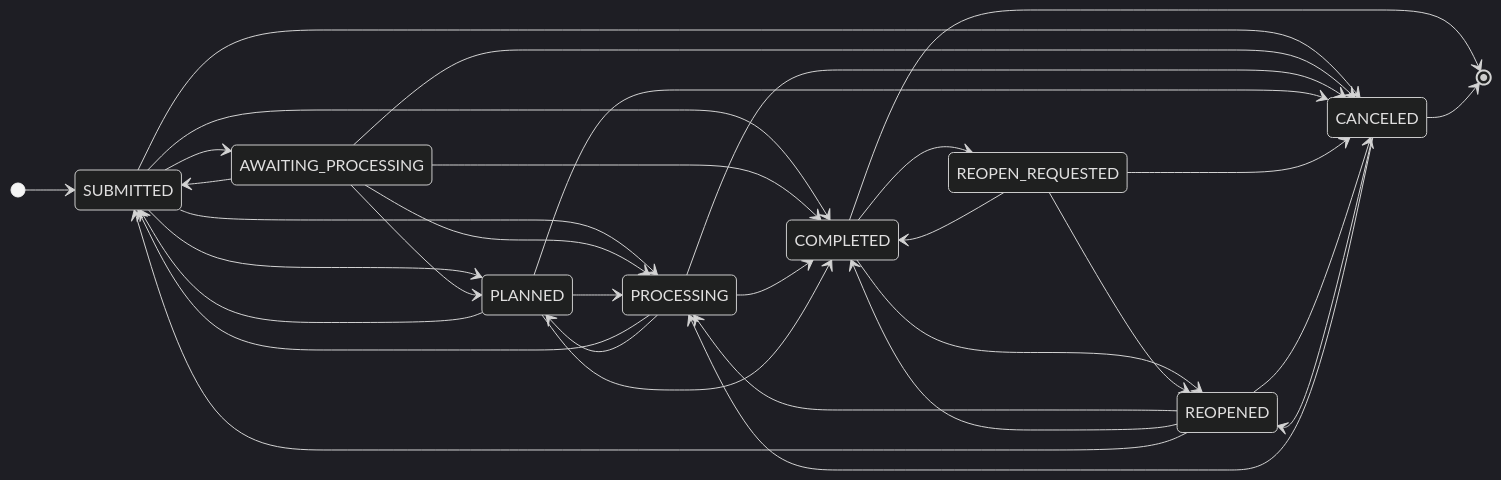
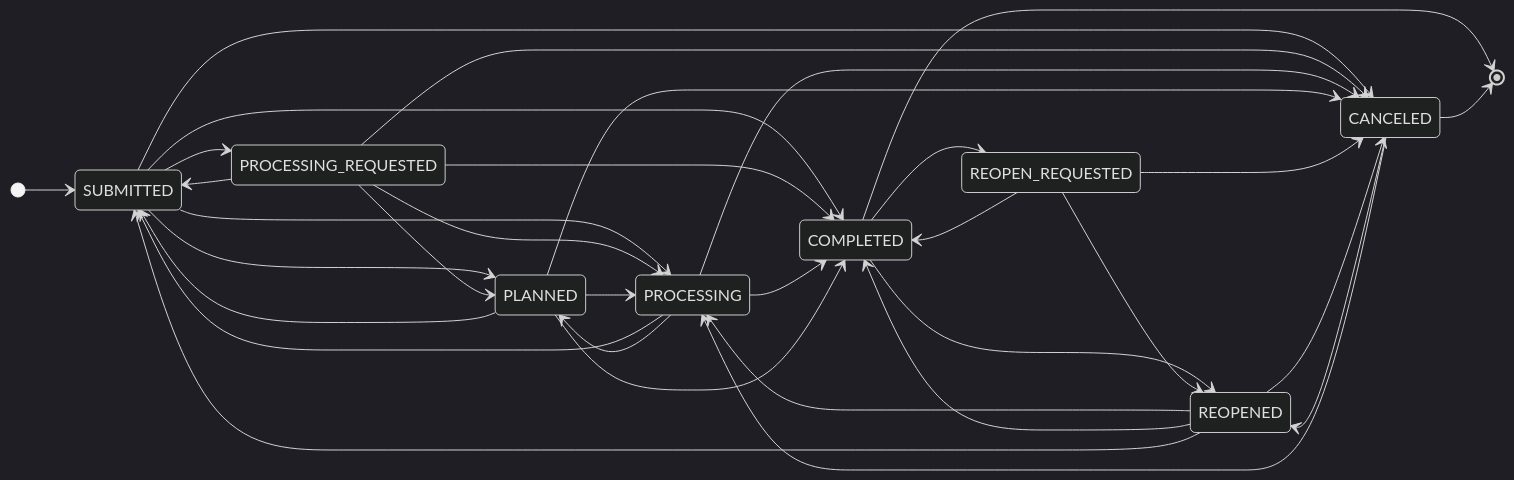
One commit to Amsterdam/meldingen changed the diagram in docs/statemachines/melding-process.md. Above: the diagram before and after it, drawn with Mermaid (dark theme). The commit also changed 2 other files, not shown here.

Commit message:
rename awaiting processing to processing requested

````diff
--- a/docs/statemachines/melding-process.md
+++ b/docs/statemachines/melding-process.md
@@ -5,50 +5,50 @@
 ```mermaid
 
 stateDiagram-v2
     direction LR
 
     [*] --> SUBMITTED 
 
-    SUBMITTED  --> AWAITING_PROCESSING 
+    SUBMITTED  --> PROCESSING_REQUESTED 
     SUBMITTED  --> PROCESSING 
     SUBMITTED  --> COMPLETED 
     SUBMITTED  --> CANCELED 
     SUBMITTED  --> PLANNED 
 
-    AWAITING_PROCESSING  --> SUBMITTED 
-    AWAITING_PROCESSING  --> PLANNED 
-    AWAITING_PROCESSING  --> COMPLETED 
-    AWAITING_PROCESSING  --> PROCESSING 
-    AWAITING_PROCESSING  --> CANCELED 
+    PROCESSING_REQUESTED  --> SUBMITTED 
+    PROCESSING_REQUESTED  --> PLANNED 
+    PROCESSING_REQUESTED  --> COMPLETED 
+    PROCESSING_REQUESTED  --> PROCESSING 
+    PROCESSING_REQUESTED  --> CANCELED 
 
     PROCESSING  --> SUBMITTED 
     PROCESSING  --> PLANNED 
     PROCESSING  --> COMPLETED 
     PROCESSING  --> CANCELED 
 
     PLANNED  --> SUBMITTED 
     PLANNED  --> PROCESSING 
     PLANNED  --> COMPLETED 
     PLANNED  --> CANCELED 
     
     CANCELED  --> REOPENED 
     CANCELED  --> PROCESSING
     
     COMPLETED  --> REOPENED 
     COMPLETED  --> REOPEN_REQUESTED
     
     REOPEN_REQUESTED --> COMPLETED
     REOPEN_REQUESTED --> REOPENED
     REOPEN_REQUESTED --> CANCELED
     
     REOPENED  --> PROCESSING 
     REOPENED  --> COMPLETED 
     REOPENED  --> CANCELED 
     REOPENED  --> SUBMITTED 
     
     COMPLETED  --> [*]
     CANCELED  --> [*]
     
     state COMPLETED <<end>>
     state CANCELED <<end>>
 ```
````
